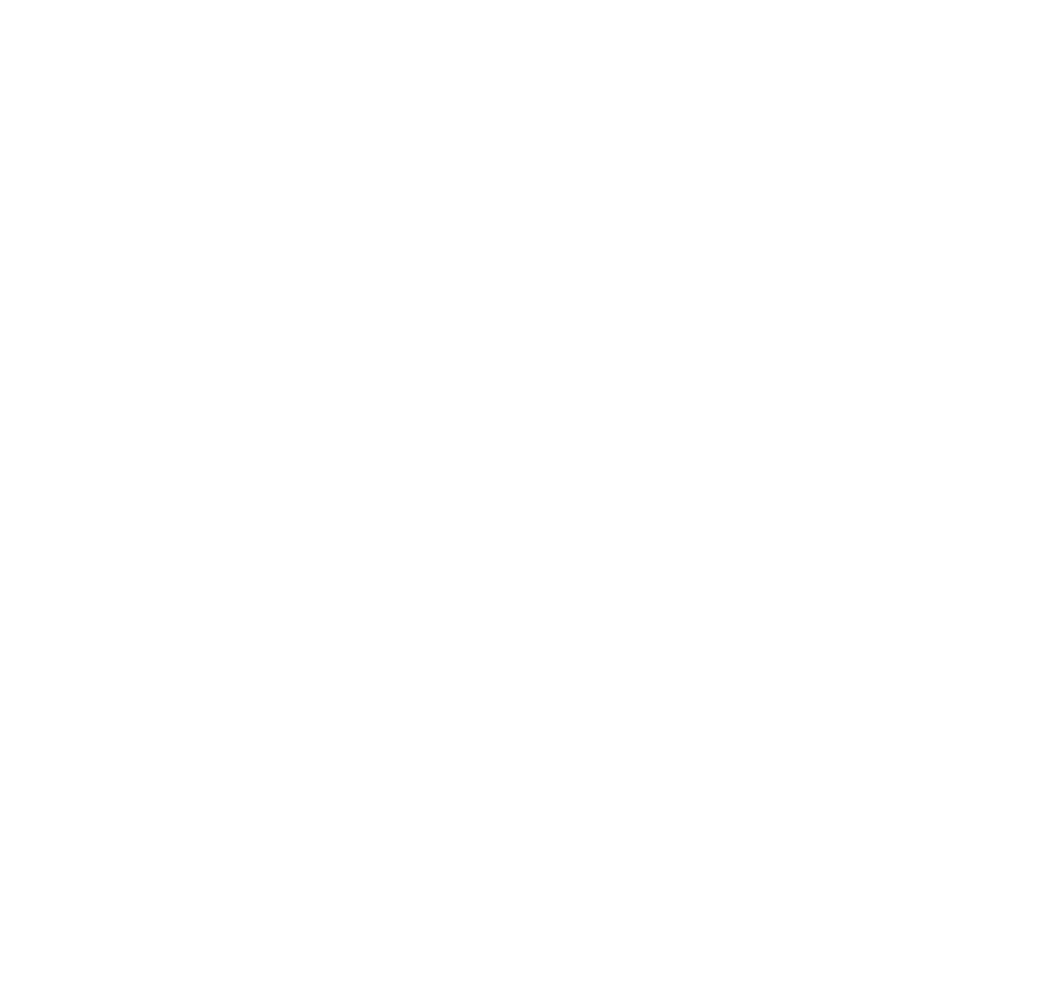
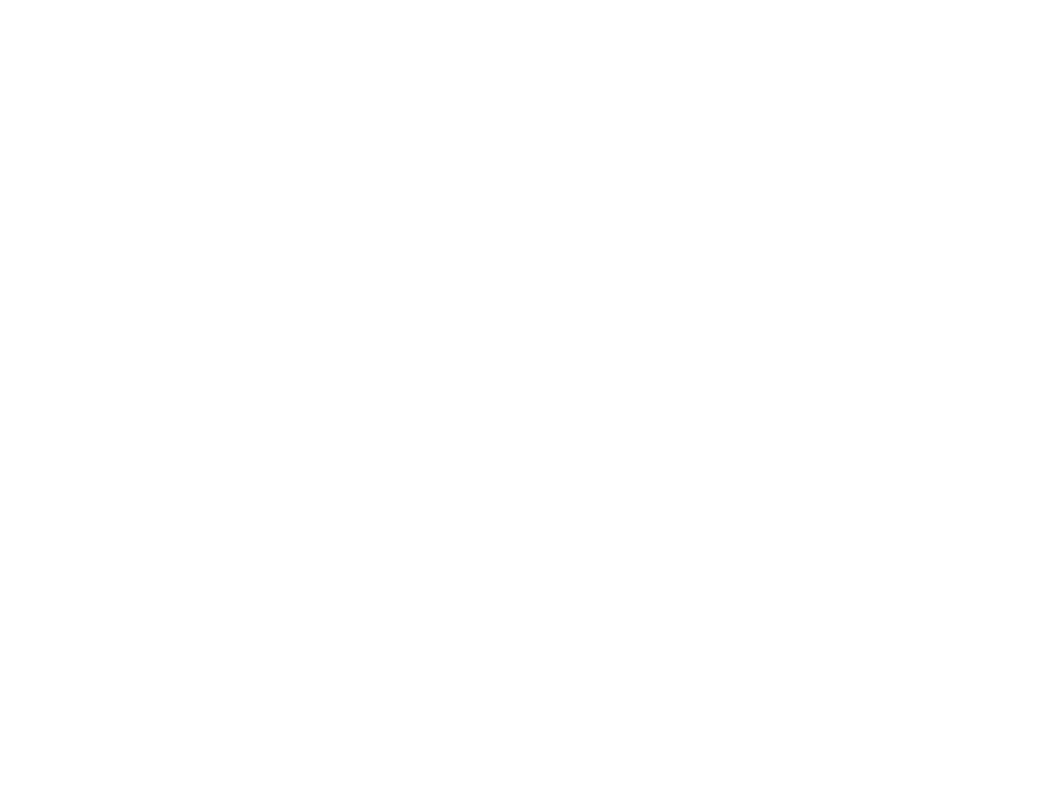
The diagram in data/graph.dot (dodokek/Tree-Structure-Akinator), drawn with Graphviz before and after one commit. The commit also changed 11 other files, not shown here.

```diff
--- a/data/graph.dot
+++ b/data/graph.dot
@@ -1,73 +1,67 @@
 
     digraph g {
         dpi      = 200;
         fontname = "Comic Sans MS";
         fontsize = 20;
         rankdir   =  TB;
         edge [color = darkgrey, arrowhead = onormal, arrowsize = 1, penwidth = 1.2]
         graph[fillcolor = lightgreen, ranksep = 1.3, nodesep = 0.5,
         style = "rounded, filled",color = green, penwidth = 2]
 
-    Node00000000010524b0[shape=rectangle, color="red", width=0.2, style="filled",fillcolor="lightblue", label="Animal"] 
+    Node0000016fc38c1570[shape=rectangle, color="red", width=0.2, style="filled",fillcolor="lightblue", label="Animal"] 
  
-Node0000000001052550[shape=rectangle, color="red", width=0.2, style="filled",fillcolor="lightblue", label="SucksDick"] 
+Node0000016fc38c1610[shape=rectangle, color="red", width=0.2, style="filled",fillcolor="lightblue", label="SucksDick"] 
  
-Node00000000010525f0[shape=rectangle, color="red", width=0.2, style="filled",fillcolor="lightblue", label="StudyInMAI"] 
+Node0000016fc38c16b0[shape=rectangle, color="red", width=0.2, style="filled",fillcolor="lightblue", label="StudyInMAI"] 
  
-Node0000000001052690[shape=rectangle, color="red", width=0.2, style="filled",fillcolor="lightblue", label="FiveInchDick"] 
+Node0000016fc38c1750[shape=rectangle, color="red", width=0.2, style="filled",fillcolor="lightblue", label="FiveInchDick"] 
  
-Node00000000010526c0[shape=rectangle, color="red", width=0.2, style="filled",fillcolor="lightblue", label="MishkFreddie"] 
+Node0000016fc38c17f0[shape=rectangle, color="red", width=0.2, style="filled",fillcolor="lightblue", label="MishkFreddie"] 
  
-Node0000000001057970[shape=rectangle, color="red", width=0.2, style="filled",fillcolor="lightblue", label="Dolbaeb"] 
+Node0000016fc38c1890[shape=rectangle, color="red", width=0.2, style="filled",fillcolor="lightblue", label="Dolbaeb"] 
  
-Node0000000001057a10[shape=rectangle, color="red", width=0.2, style="filled",fillcolor="lightblue", label="Sanya"] 
+Node0000016fc38c1930[shape=rectangle, color="red", width=0.2, style="filled",fillcolor="lightblue", label="Sanya"] 
  
-Node0000000001057ab0[shape=rectangle, color="red", width=0.2, style="filled",fillcolor="lightblue", label="Govnovoder"] 
+Node0000016fc38c19d0[shape=rectangle, color="red", width=0.2, style="filled",fillcolor="lightblue", label="Govnovoder"] 
  
-Node0000000001057b50[shape=rectangle, color="red", width=0.2, style="filled",fillcolor="lightblue", label="lox"] 
+Node0000016fc38c1a70[shape=rectangle, color="red", width=0.2, style="filled",fillcolor="lightblue", label="lox"] 
  
-Node0000000001057f60[shape=rectangle, color="red", width=0.2, style="filled",fillcolor="lightblue", label="Ultra"] 
+Node0000016fc38c1b10[shape=rectangle, color="red", width=0.2, style="filled",fillcolor="lightblue", label="ya"] 
  
-Node0000000001058050[shape=rectangle, color="red", width=0.2, style="filled",fillcolor="lightblue", label="Ded"] 
+Node0000016fc38c1bb0[shape=rectangle, color="red", width=0.2, style="filled",fillcolor="lightblue", label="Krestena"] 
  
-Node0000000001057bf0[shape=rectangle, color="red", width=0.2, style="filled",fillcolor="lightblue", label="ya"] 
+Node0000016fc38c1c50[shape=rectangle, color="red", width=0.2, style="filled",fillcolor="lightblue", label="Arcadiy"] 
  
-Node0000000001057c90[shape=rectangle, color="red", width=0.2, style="filled",fillcolor="lightblue", label="Krestena"] 
+Node0000016fc38c1cf0[shape=rectangle, color="red", width=0.2, style="filled",fillcolor="lightblue", label="CumsAlot"] 
  
-Node0000000001057d30[shape=rectangle, color="red", width=0.2, style="filled",fillcolor="lightblue", label="Arcadiy"] 
+Node0000016fc38c71a0[shape=rectangle, color="red", width=0.2, style="filled",fillcolor="lightblue", label="Vitalik"] 
  
-Node0000000001057dd0[shape=rectangle, color="red", width=0.2, style="filled",fillcolor="lightblue", label="CumsAlot"] 
+Node0000016fc38c7560[shape=rectangle, color="red", width=0.2, style="filled",fillcolor="lightblue", label="Coder"] 
  
-Node0000000001057e70[shape=rectangle, color="red", width=0.2, style="filled",fillcolor="lightblue", label="Vitalik"] 
+Node0000016fc38c7350[shape=rectangle, color="red", width=0.2, style="filled",fillcolor="lightblue", label="Roma"] 
  
-Node0000000001057ff0[shape=rectangle, color="red", width=0.2, style="filled",fillcolor="lightblue", label="Coder"] 
+Node0000016fc38c7530[shape=rectangle, color="red", width=0.2, style="filled",fillcolor="lightblue", label="Joe"] 
  
-Node0000000001058080[shape=rectangle, color="red", width=0.2, style="filled",fillcolor="lightblue", label="Roma"] 
+Node0000016fc38c72f0[shape=rectangle, color="red", width=0.2, style="filled",fillcolor="lightblue", label="Obama"] 
  
-Node00000000010580b0[shape=rectangle, color="red", width=0.2, style="filled",fillcolor="lightblue", label="Joe"] 
+Node0000016fc38c72c0[shape=rectangle, color="red", width=0.2, style="filled",fillcolor="lightblue", label="Sashka"] 
  
-Node00000000010581d0[shape=rectangle, color="red", width=0.2, style="filled",fillcolor="lightblue", label="Obama"] 
- 
-Node0000000001058140[shape=rectangle, color="red", width=0.2, style="filled",fillcolor="lightblue", label="Sashka"] 
- 
-Node00000000010524b0->Node0000000001052550
-Node0000000001052550->Node00000000010525f0
-Node00000000010525f0->Node0000000001052690
-Node0000000001052690->Node00000000010526c0
-Node0000000001052690->Node0000000001057970
-Node00000000010525f0->Node0000000001057a10
-Node0000000001052550->Node0000000001057ab0
-Node0000000001057ab0->Node0000000001057b50
-Node0000000001057b50->Node0000000001057f60
-Node0000000001057f60->Node0000000001058050
-Node0000000001057f60->Node0000000001057bf0
-Node0000000001057b50->Node0000000001057c90
-Node0000000001057ab0->Node0000000001057d30
-Node00000000010524b0->Node0000000001057dd0
-Node0000000001057dd0->Node0000000001057e70
-Node0000000001057dd0->Node0000000001057ff0
-Node0000000001057ff0->Node0000000001058080
-Node0000000001057ff0->Node00000000010580b0
-Node00000000010580b0->Node00000000010581d0
-Node00000000010580b0->Node0000000001058140
+Node0000016fc38c1570->Node0000016fc38c1610
+Node0000016fc38c1610->Node0000016fc38c16b0
+Node0000016fc38c16b0->Node0000016fc38c1750
+Node0000016fc38c1750->Node0000016fc38c17f0
+Node0000016fc38c1750->Node0000016fc38c1890
+Node0000016fc38c16b0->Node0000016fc38c1930
+Node0000016fc38c1610->Node0000016fc38c19d0
+Node0000016fc38c19d0->Node0000016fc38c1a70
+Node0000016fc38c1a70->Node0000016fc38c1b10
+Node0000016fc38c1a70->Node0000016fc38c1bb0
+Node0000016fc38c19d0->Node0000016fc38c1c50
+Node0000016fc38c1570->Node0000016fc38c1cf0
+Node0000016fc38c1cf0->Node0000016fc38c71a0
+Node0000016fc38c1cf0->Node0000016fc38c7560
+Node0000016fc38c7560->Node0000016fc38c7350
+Node0000016fc38c7560->Node0000016fc38c7530
+Node0000016fc38c7530->Node0000016fc38c72f0
+Node0000016fc38c7530->Node0000016fc38c72c0
 }
```
